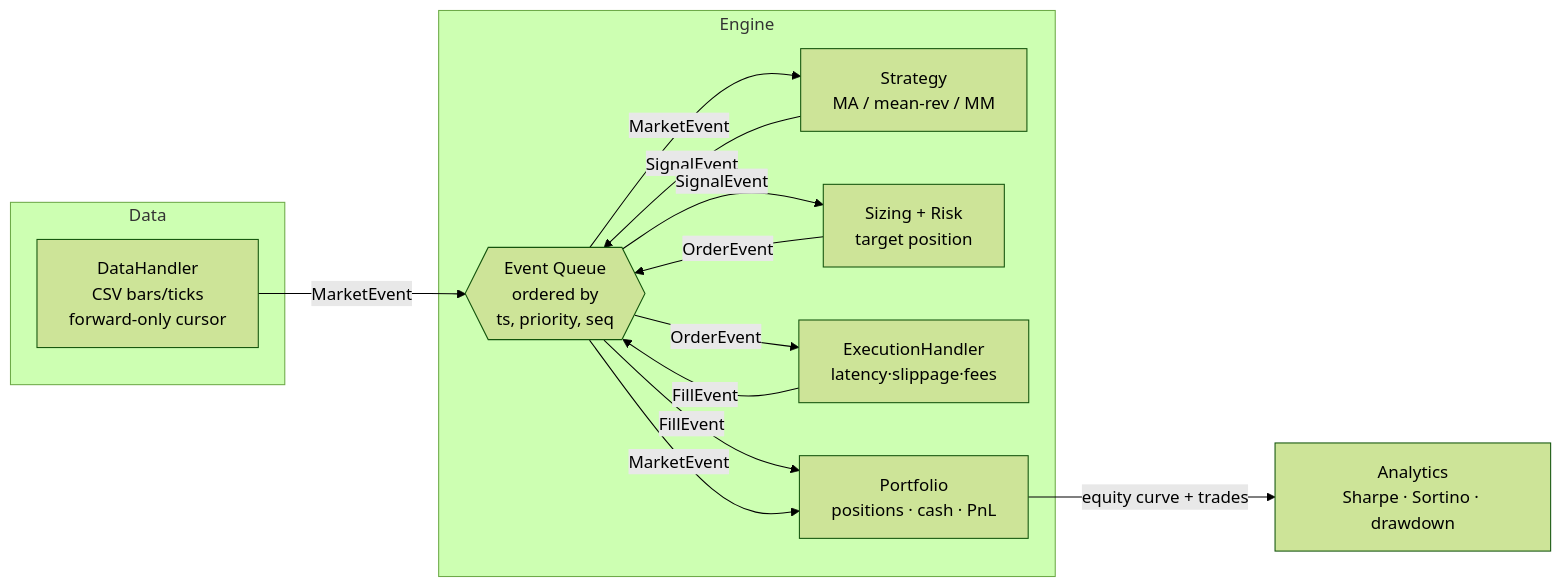
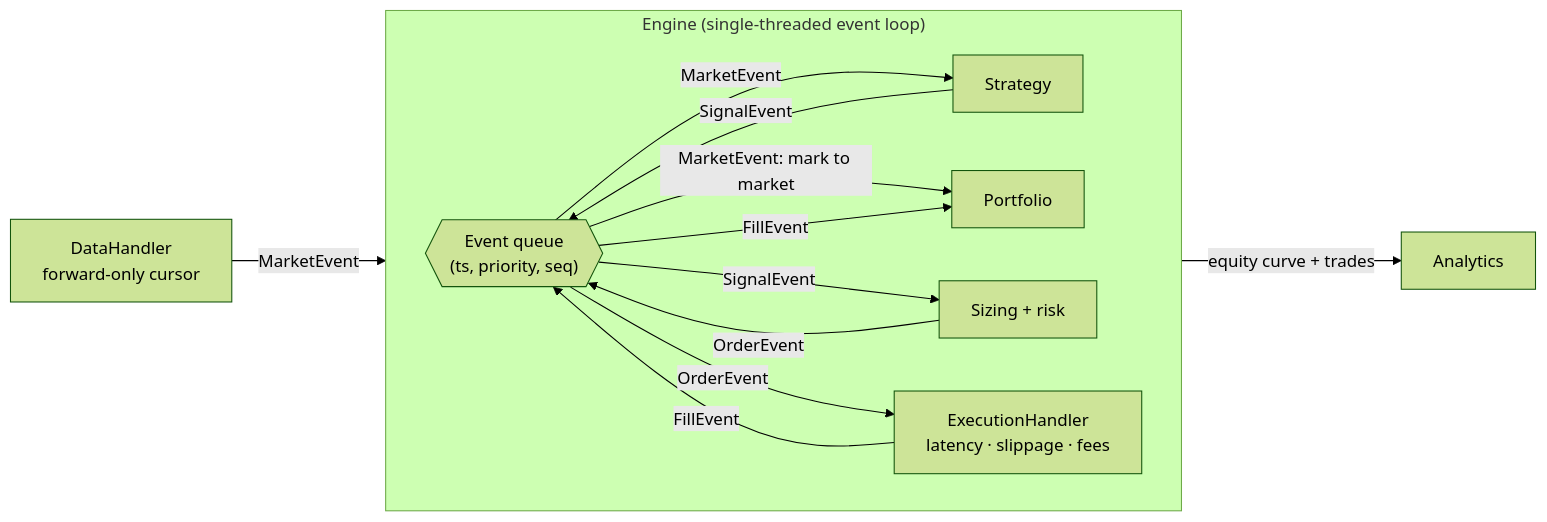
One commit to yadavchandan84/QuantForge changed the first of 3 diagrams in README.md. Above: the diagram before and after it, drawn with Mermaid (forest theme). The commit also changed other lines of this file, not shown here.

First line of the commit message:
Rewrite README: architecture diagrams, verified examples, full reference

````diff
--- a/README.md
+++ b/README.md
@@ -44,25 +70,26 @@
 ```mermaid
 flowchart LR
-    subgraph Data
-        DH[DataHandler<br/>CSV bars/ticks<br/>forward-only cursor]
+    DH["DataHandler<br/>forward-only cursor"]
+
+    subgraph ENGINE["Engine (single-threaded event loop)"]
+        direction LR
+        EQ{{"Event queue<br/>(ts, priority, seq)"}}
+        ST["Strategy"]
+        SZ["Sizing + risk"]
+        EX["ExecutionHandler<br/>latency · slippage · fees"]
+        PF["Portfolio"]
     end
-    subgraph Engine
-        EQ{{Event Queue<br/>ordered by<br/>ts, priority, seq}}
-        ST[Strategy<br/>MA / mean-rev / MM]
-        SZ[Sizing + Risk<br/>target position]
-        EX[ExecutionHandler<br/>latency·slippage·fees]
-        PF[Portfolio<br/>positions · cash · PnL]
-    end
-    AN[Analytics<br/>Sharpe · Sortino · drawdown]
 
-    DH -- MarketEvent --> EQ
-    EQ -- MarketEvent --> ST
-    ST -- SignalEvent --> EQ
-    EQ -- SignalEvent --> SZ
-    SZ -- OrderEvent --> EQ
-    EQ -- OrderEvent --> EX
-    EX -- FillEvent --> EQ
-    EQ -- FillEvent --> PF
-    EQ -- MarketEvent --> PF
-    PF -- equity curve + trades --> AN
+    AN["Analytics"]
+
+    DH -->|MarketEvent| EQ
+    EQ -->|MarketEvent| ST
+    EQ -->|MarketEvent: mark to market| PF
+    ST -->|SignalEvent| EQ
+    EQ -->|SignalEvent| SZ
+    SZ -->|OrderEvent| EQ
+    EQ -->|OrderEvent| EX
+    EX -->|FillEvent| EQ
+    EQ -->|FillEvent| PF
+    PF -->|equity curve + trades| AN
 ```
````
